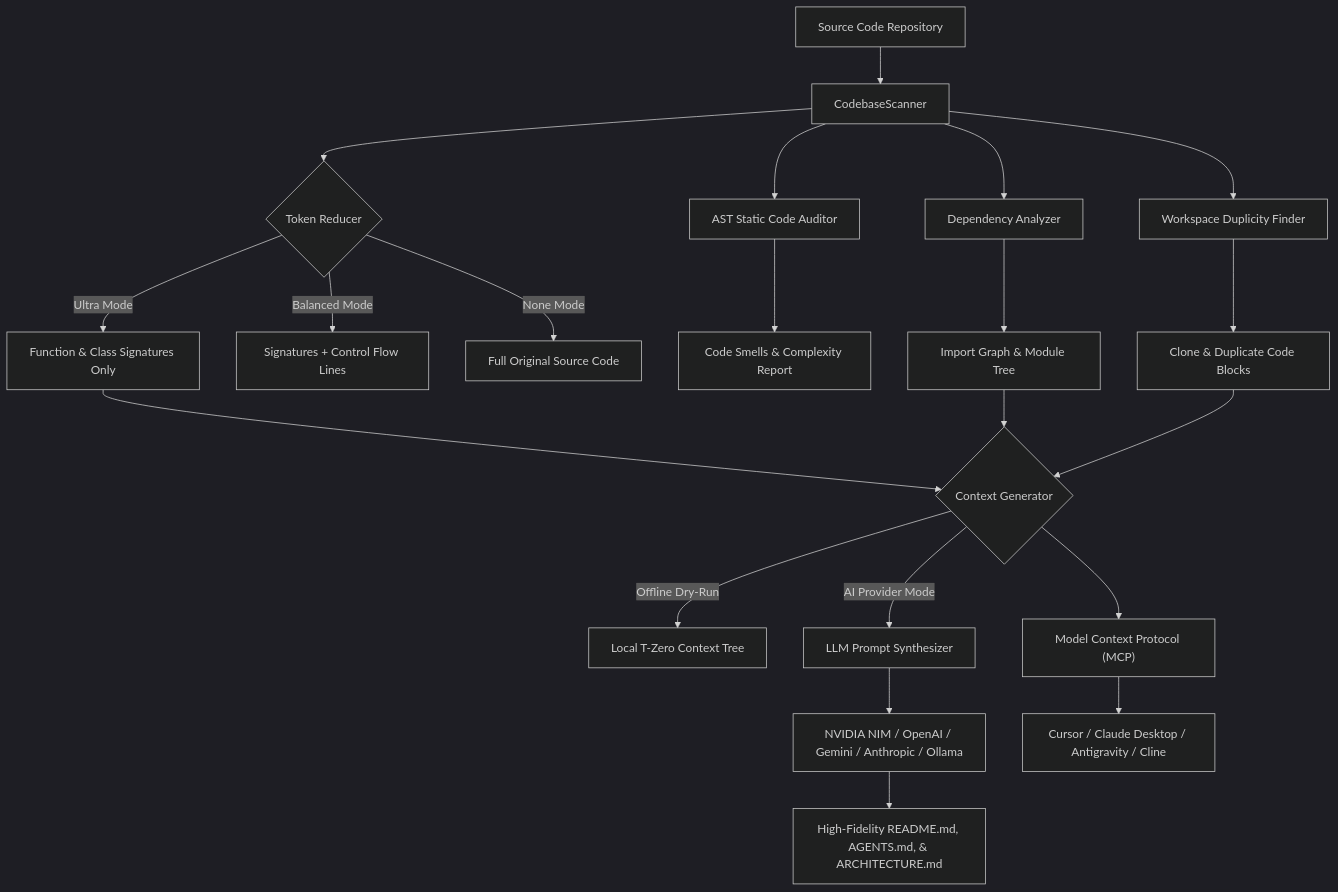
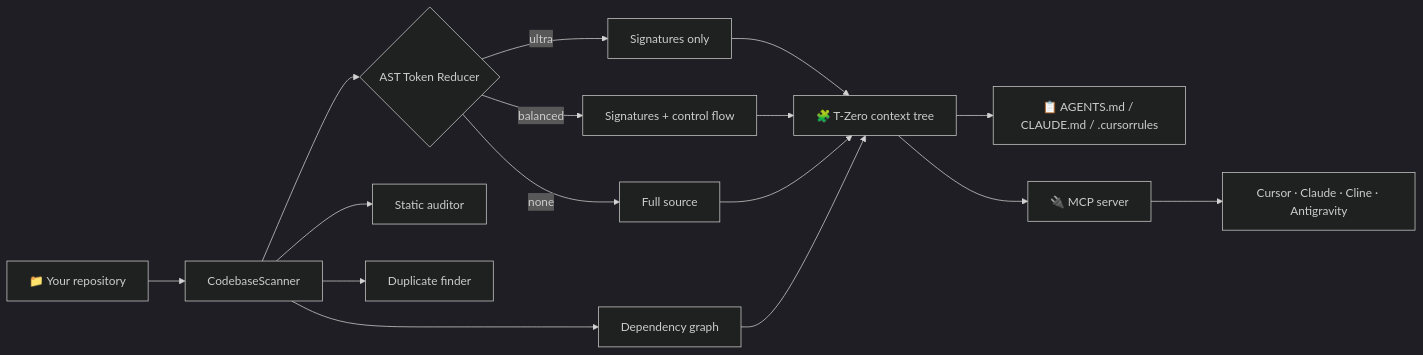
One commit to toprakahmetaydogmus/TZeroAlgorithm changed the diagram in README.md. Above: the diagram before and after it, drawn with Mermaid (dark theme). The commit also changed other lines of this file, not shown here.

Commit message:
docs: rewrite README in English with MCP-first overview

````diff
--- a/README.md
+++ b/README.md
@@ -137,28 +76,15 @@
 ```mermaid
-flowchart TD
-    A["Source Code Repository"] --> B["CodebaseScanner"]
-    B --> C{"Token Reducer"}
-    C -->|"Ultra Mode"| D["Function & Class Signatures Only"]
-    C -->|"Balanced Mode"| E["Signatures + Control Flow Lines"]
-    C -->|"None Mode"| F["Full Original Source Code"]
-    
-    B --> G["AST Static Code Auditor"]
-    G --> H["Code Smells & Complexity Report"]
-    
-    B --> I["Dependency Analyzer"]
-    I --> J["Import Graph & Module Tree"]
-    
-    B --> K["Workspace Duplicity Finder"]
-    K --> L["Clone & Duplicate Code Blocks"]
-
-    D --> M{"Context Generator"}
-    J --> M
-    L --> M
-    M -->|"Offline Dry-Run"| N["Local T-Zero Context Tree"]
-    M -->|"AI Provider Mode"| O["LLM Prompt Synthesizer"]
-    O --> P["NVIDIA NIM / OpenAI / Gemini / Anthropic / Ollama"]
-    P --> Q["High-Fidelity README.md, AGENTS.md, & ARCHITECTURE.md"]
-
-    M --> R["Model Context Protocol (MCP)"]
-    R --> S["Cursor / Claude Desktop / Antigravity / Cline"]
+flowchart LR
+    A["📁 Your repository"] --> B["CodebaseScanner"]
+    B --> C{"AST Token Reducer"}
+    C -->|ultra| D["Signatures only"]
+    C -->|balanced| E["Signatures + control flow"]
+    C -->|none| F["Full source"]
+    B --> G["Dependency graph"]
+    B --> H["Static auditor"]
+    B --> I["Duplicate finder"]
+    D & E & F & G --> J["🧩 T-Zero context tree"]
+    J --> K["📋 AGENTS.md / CLAUDE.md / .cursorrules"]
+    J --> L["🔌 MCP server"]
+    L --> M["Cursor · Claude · Cline · Antigravity"]
 ```
````
